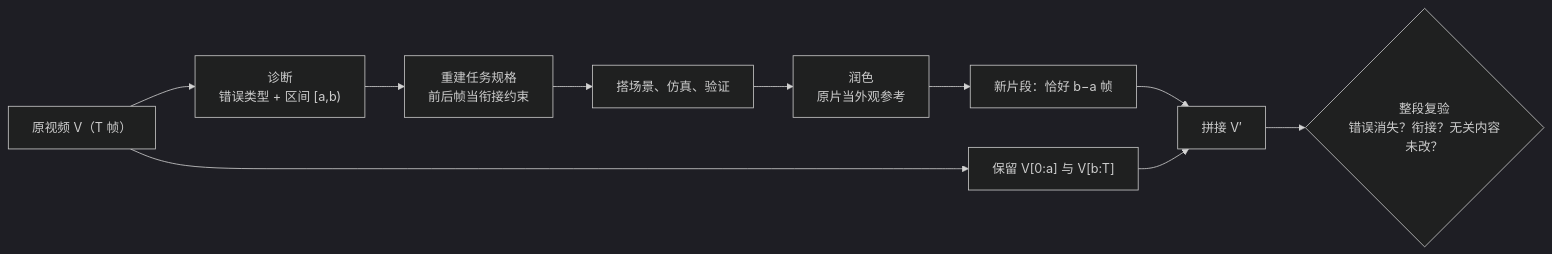
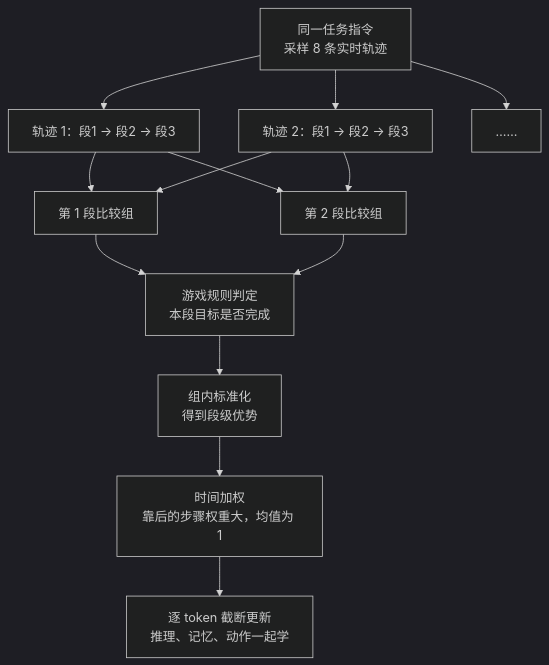
One commit to yingwang/paper-reads changed the fourth of 6 diagrams in docs/index.md. Above: the diagram before and after it, drawn with Mermaid (dark theme). The commit also changed other lines of this file and 2 other files, not shown here.

````diff
--- a/docs/index.md
+++ b/docs/index.md
@@ -229,12 +193,15 @@
 ```mermaid
-graph LR
-    SRC["原视频 V（T 帧）"] --> DX["诊断<br/>错误类型 + 区间 [a,b)"]
-    DX --> SPEC["重建任务规格<br/>前后帧当衔接约束"]
-    SPEC --> SIMR["搭场景、仿真、验证"]
-    SIMR --> RFR["润色<br/>原片当外观参考"]
-    RFR --> SEG["新片段：恰好 b−a 帧"]
-    SRC --> CUT["保留 V[0:a] 与 V[b:T]"]
-    SEG --> CAT["拼接 V′"]
-    CUT --> CAT
-    CAT --> CHK{"整段复验<br/>错误消失？衔接？无关内容未改？"}
+graph TD
+    T["同一任务指令<br/>采样 8 条实时轨迹"] --> R1["轨迹 1：段1 → 段2 → 段3"]
+    T --> R2["轨迹 2：段1 → 段2 → 段3"]
+    T --> R3["……"]
+    R1 --> G1["第 1 段比较组"]
+    R2 --> G1
+    R1 --> G2["第 2 段比较组"]
+    R2 --> G2
+    G1 --> V["游戏规则判定<br/>本段目标是否完成"]
+    G2 --> V
+    V --> A["组内标准化<br/>得到段级优势"]
+    A --> W["时间加权<br/>靠后的步骤权重大，均值为 1"]
+    W --> U["逐 token 截断更新<br/>推理、记忆、动作一起学"]
 ```
````
